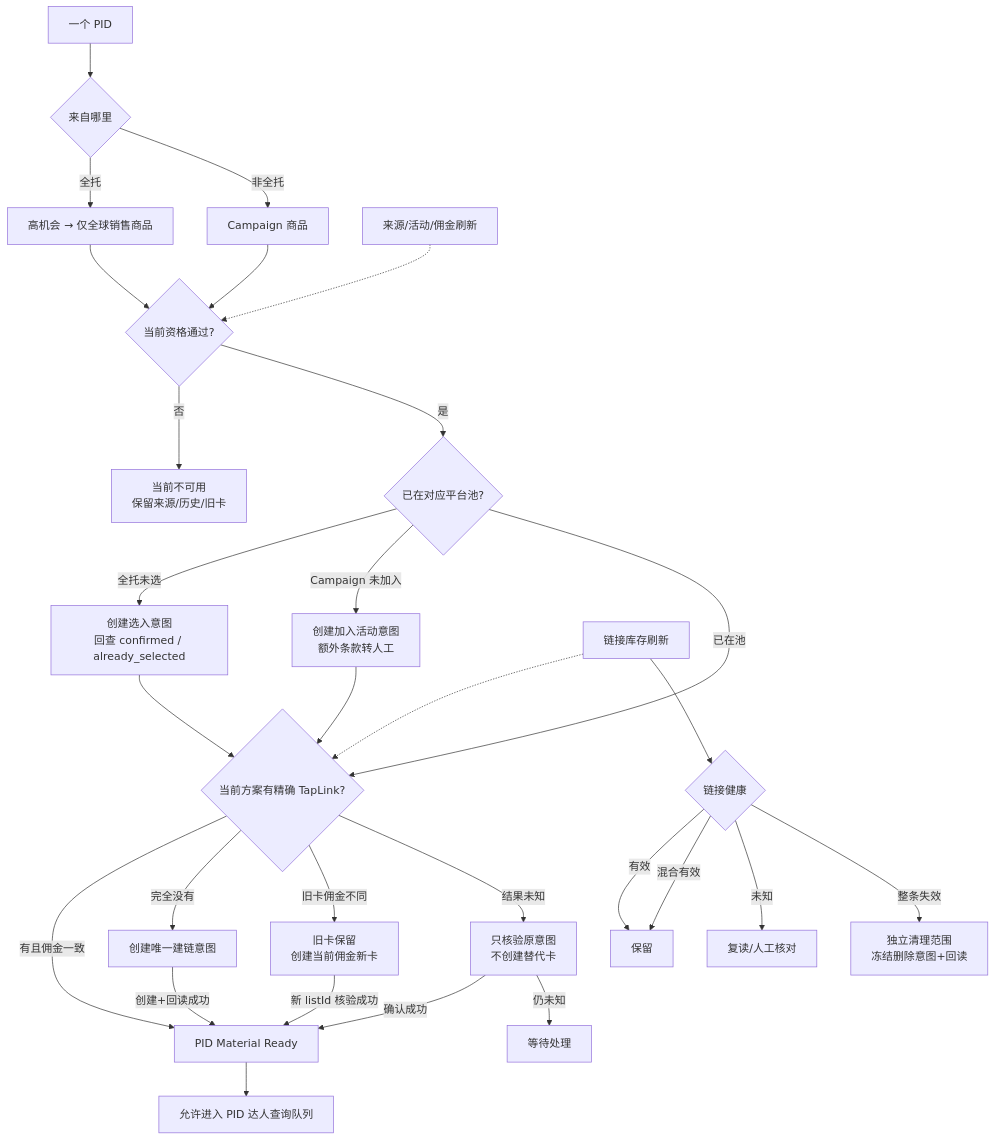
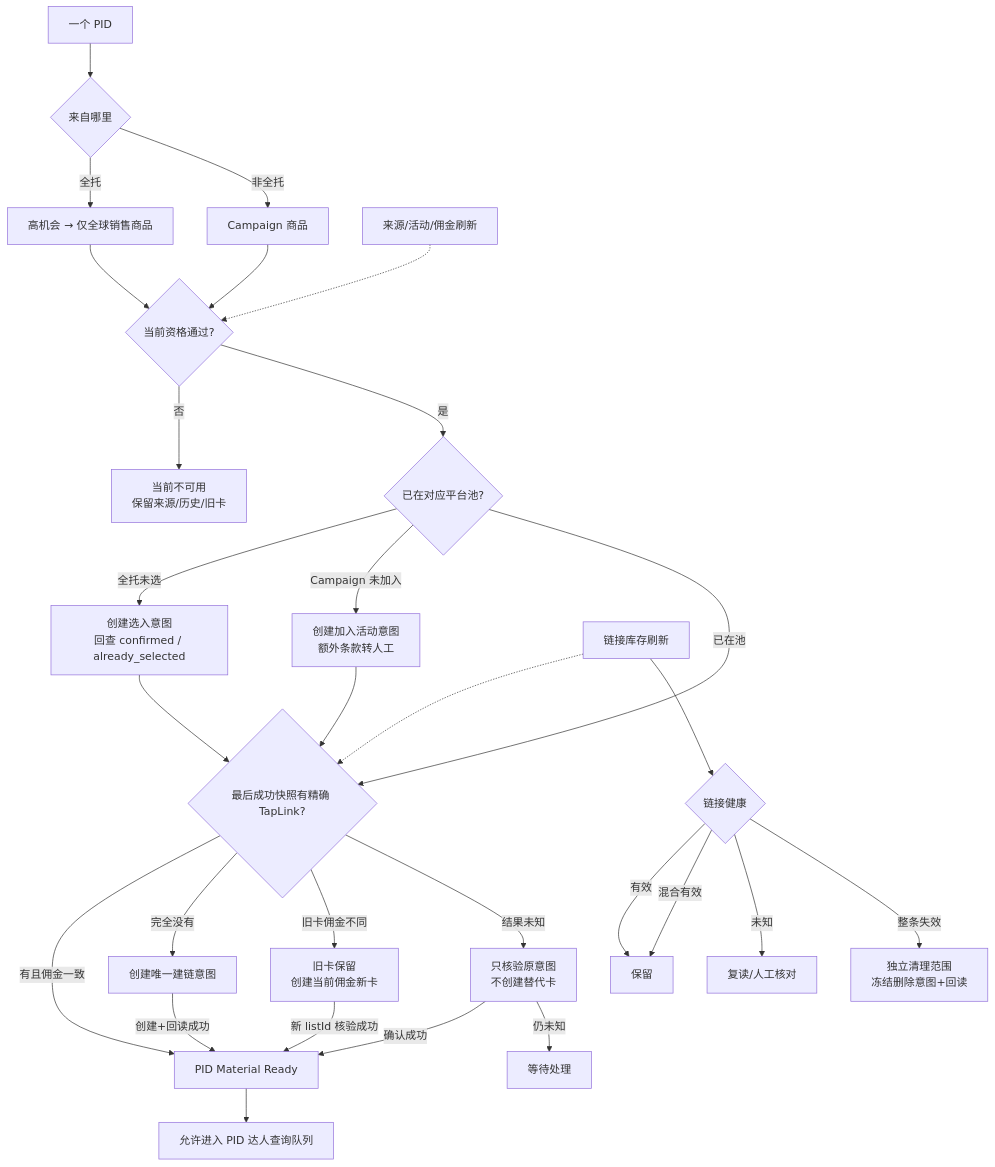
The diagram in docs/architecture/pid-lifecycle-v1.md (1435762425/BDHub-Agent), drawn with Mermaid before and after one commit. The commit also changed other lines of this file and 5 other files, not shown here.

Commit message:
docs: simplify TapLink refresh policy

````diff
--- a/docs/architecture/pid-lifecycle-v1.md
+++ b/docs/architecture/pid-lifecycle-v1.md
@@ -11,37 +11,37 @@
 ```mermaid
 flowchart TD
     PID[一个 PID] --> SRC{来自哪里}
     SRC -->|全托| FS[高机会 → 仅全球销售商品]
     SRC -->|非全托| CP[Campaign 商品]
 
     FS --> Q{当前资格通过?}
     CP --> Q
     Q -->|否| INACTIVE[当前不可用<br/>保留来源/历史/旧卡]
     Q -->|是| POOL{已在对应平台池?}
 
     POOL -->|全托未选| SELECT[创建选入意图<br/>回查 confirmed / already_selected]
     POOL -->|Campaign 未加入| JOIN[创建加入活动意图<br/>额外条款转人工]
     SELECT --> LINK
     JOIN --> LINK
-    POOL -->|已在池| LINK{当前方案有精确 TapLink?}
+    POOL -->|已在池| LINK{最后成功快照有精确 TapLink?}
 
     LINK -->|有且佣金一致| READY[PID Material Ready]
     LINK -->|完全没有| CREATE[创建唯一建链意图]
     LINK -->|旧卡佣金不同| REBUILD[旧卡保留<br/>创建当前佣金新卡]
     LINK -->|结果未知| VERIFY[只核验原意图<br/>不创建替代卡]
     CREATE -->|创建+回读成功| READY
     REBUILD -->|新 listId 核验成功| READY
     VERIFY -->|确认成功| READY
     VERIFY -->|仍未知| WAIT[等待处理]
 
     READY --> LEADS[允许进入 PID 达人查询队列]
 
     REFRESH[来源/活动/佣金刷新] -.-> Q
     INVENTORY[链接库存刷新] -.-> LINK
 
     INVENTORY --> CLEAN{链接健康}
     CLEAN -->|有效| KEEP[保留]
     CLEAN -->|混合有效| KEEP
     CLEAN -->|未知| REVIEW[复读/人工核对]
     CLEAN -->|整条失效| CLEAN_SCOPE[独立清理范围<br/>冻结删除意图+回读]
 ```
````
